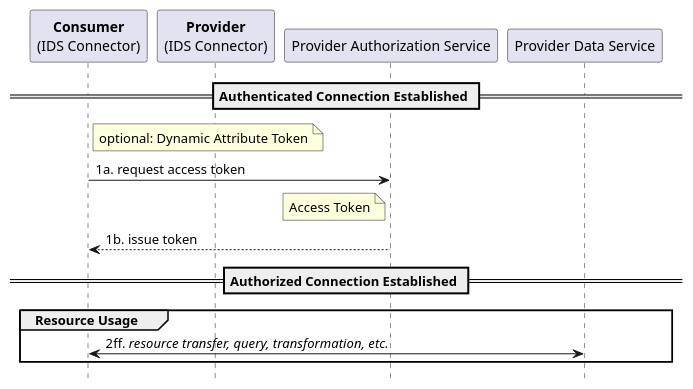
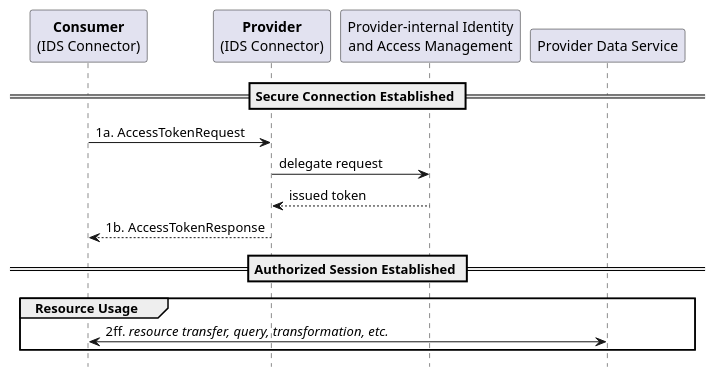
One commit to IndustrialDataSpace/Documentation changed the diagram in establish_authorized_connection.plantuml. Above: the diagram before and after it, drawn with PlantUML. The commit also changed 4 other files, not shown here.

```diff
--- a/establish_authorized_connection.plantuml
+++ b/establish_authorized_connection.plantuml
@@ -1,26 +1,27 @@
 @startuml
 
 hide footbox
 
 participant "**Consumer**\n(IDS Connector)" as C
 participant "**Provider**\n(IDS Connector)" as P
-participant "Provider Authorization Service" as PAS
+participant "Provider-internal Identity\nand Access Management" as PAS
 participant "Provider Data Service" as PDS
 
-== Authenticated Connection Established ==
+== Secure Connection Established ==
 
-note right of C: optional: Dynamic Attribute Token
-C -> PAS: 1a. request access token
+C -> P: 1a. AccessTokenRequest
 
-note left of PAS: Access Token
-PAS --> C: 1b. issue token
+P -> PAS: delegate request
+P <-- PAS: issued token
 
-== Authorized Connection Established ==
+P --> C: 1b. AccessTokenResponse
+
+== Authorized Session Established ==
 
 group Resource Usage
 
 C <-> PDS: 2ff. //resource transfer, query, transformation, etc.//
 
 end
 
 @enduml
```
